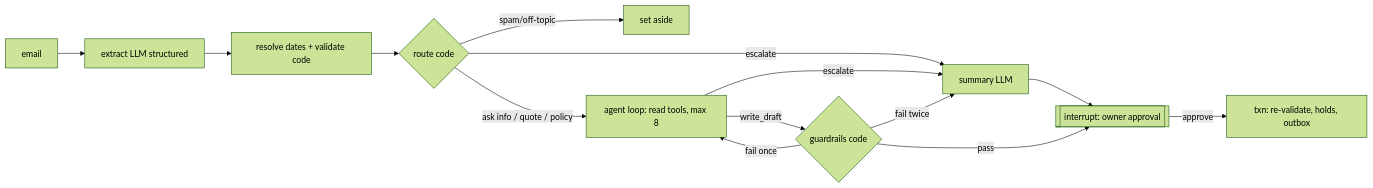
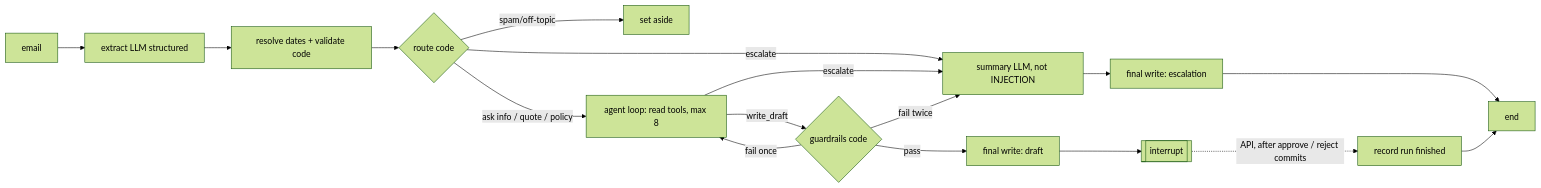
Before and after one commit to GeorgeTheo7/hotel-reservations-agent: the diagram in docs/SPEC.md, drawn with Mermaid (forest theme). The commit also changed other lines of this file and 1 other file, not shown here.

Commit message:
Spec: graph run, redraft, guardrails 2-5, escalation summaries

````diff
--- a/docs/SPEC.md
+++ b/docs/SPEC.md
@@ -157,15 +164,15 @@
 ```mermaid
 flowchart LR
   A[email] --> B[extract LLM structured]
   B --> C[resolve dates + validate code]
   C --> D{route code}
   D -->|spam/off-topic| S[set aside]
-  D -->|escalate| E[summary LLM] --> I
+  D -->|escalate| E[summary LLM, not INJECTION] --> X[final write: escalation] --> Z[end]
   D -->|ask info / quote / policy| L[agent loop: read tools, max 8]
   L -->|escalate| E
   L -->|write_draft| G{guardrails code}
   G -->|fail once| L
   G -->|fail twice| E
-  G -->|pass| I[[interrupt: owner approval]]
-  I -->|approve| T[txn: re-validate, holds, outbox]
+  G -->|pass| W[final write: draft] --> I[[interrupt]]
+  I -.->|API, after approve / reject commits| F[record run finished] --> Z
 ```
````
